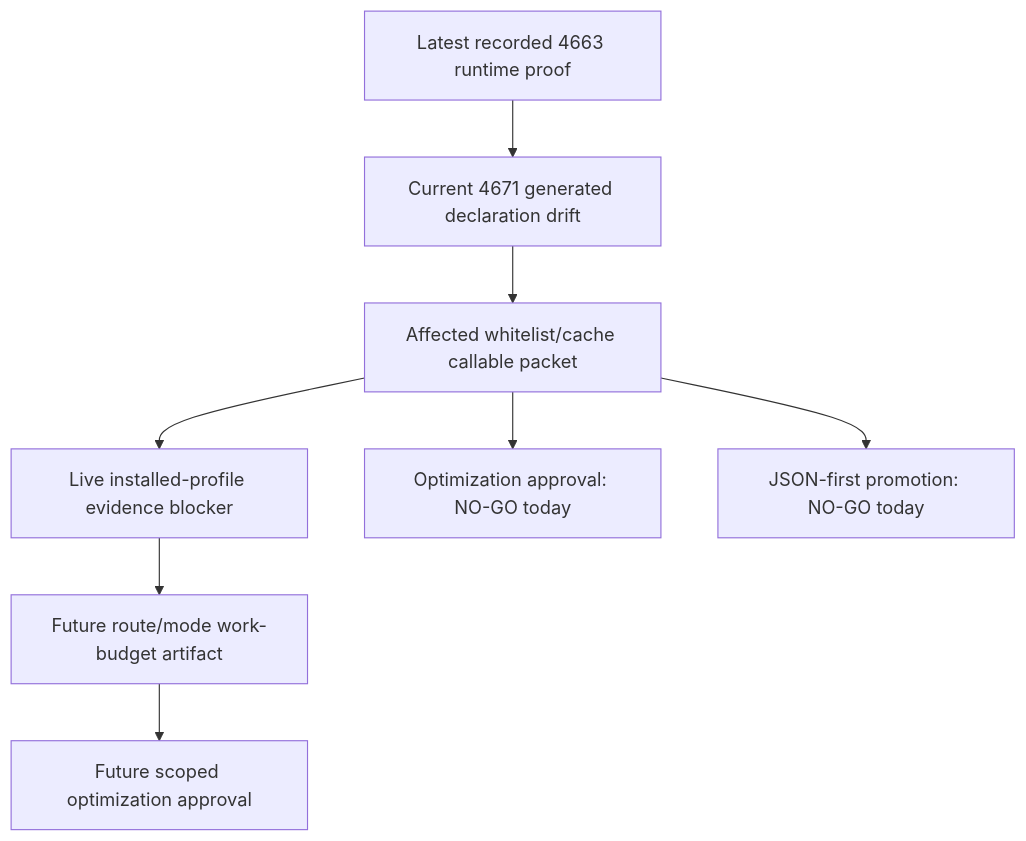
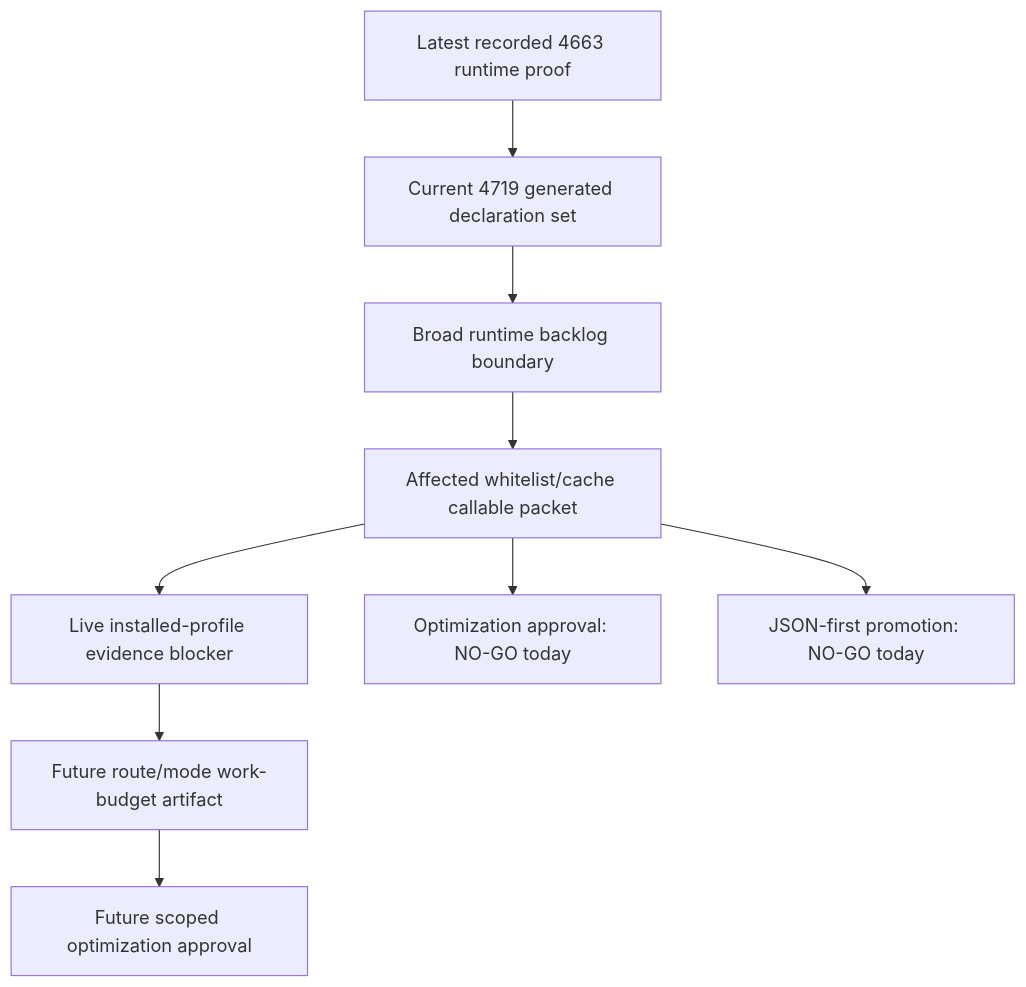
One commit to varshneydevansh/FilterTube changed the diagram in docs/audit/FILTERTUBE_OPTIMIZATION_CANDIDATE_PRIORITY_REGISTER_CURRENT_BEHAVIOR_2026-05-24.md. Above: the diagram before and after it, drawn with Mermaid. The commit also changed other lines of this file and 15 other files, not shown here.

Commit message:
test: refresh runtime ledger declaration pins

````diff
--- a/docs/audit/FILTERTUBE_OPTIMIZATION_CANDIDATE_PRIORITY_REGISTER_CURRENT_BEHAVIOR_2026-05-24.md
+++ b/docs/audit/FILTERTUBE_OPTIMIZATION_CANDIDATE_PRIORITY_REGISTER_CURRENT_BEHAVIOR_2026-05-24.md
@@ -181,10 +183,11 @@
 ```mermaid
 flowchart TD
-  A["Latest recorded 4663 runtime proof"] --> B["Current 4671 generated declaration drift"]
-  B --> C["Affected whitelist/cache callable packet"]
-  C --> D["Live installed-profile evidence blocker"]
-  D --> E["Future route/mode work-budget artifact"]
-  E --> F["Future scoped optimization approval"]
-  C --> G["Optimization approval: NO-GO today"]
-  C --> H["JSON-first promotion: NO-GO today"]
+  A["Latest recorded 4663 runtime proof"] --> B["Current 4719 generated declaration set"]
+  B --> C["Broad runtime backlog boundary"]
+  C --> D["Affected whitelist/cache callable packet"]
+  D --> E["Live installed-profile evidence blocker"]
+  E --> F["Future route/mode work-budget artifact"]
+  F --> G["Future scoped optimization approval"]
+  D --> H["Optimization approval: NO-GO today"]
+  D --> I["JSON-first promotion: NO-GO today"]
 ```
````
